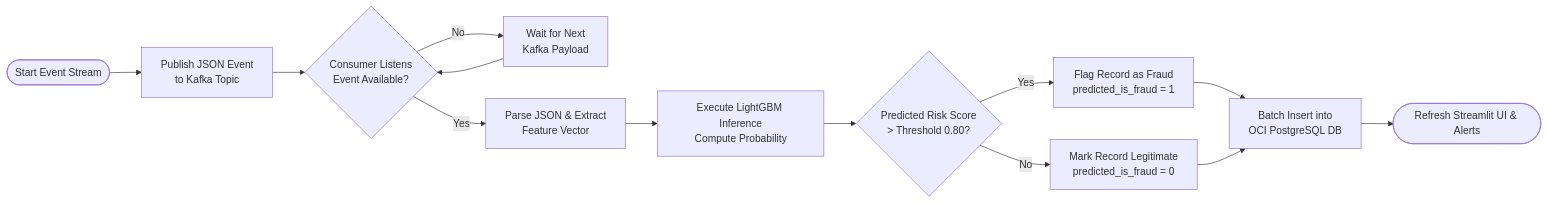
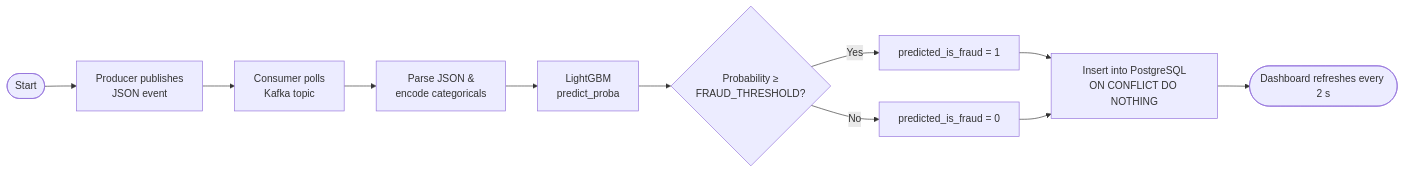
One commit to nihatrza/kafka-fraud-detection changed the second of 3 diagrams in README.md. Above: the diagram before and after it, drawn with Mermaid. The commit also changed other lines of this file, not shown here.

````diff
--- a/README.md
+++ b/README.md
@@ -118,15 +117,13 @@
 ```mermaid
 flowchart LR
-    S1([Start Event Stream]) --> S2[Publish JSON Event<br/>to Kafka Topic]
-    S2 --> S3{Consumer Listens<br/>Event Available?}
-    S3 -- No --> S4[Wait for Next<br/>Kafka Payload]
-    S4 --> S3
-    S3 -- Yes --> S5[Parse JSON & Extract<br/>Feature Vector]
-    S5 --> S6[Execute LightGBM Inference<br/>Compute Probability]
-    S6 --> S7{Predicted Risk Score<br/>> Threshold 0.80?}
-    S7 -- Yes --> S8[Flag Record as Fraud<br/>predicted_is_fraud = 1]
-    S7 -- No --> S9[Mark Record Legitimate<br/>predicted_is_fraud = 0]
-    S8 --> S10[Batch Insert into<br/>OCI PostgreSQL DB]
+    S1([Start]) --> S2[Producer publishes<br/>JSON event]
+    S2 --> S3[Consumer polls<br/>Kafka topic]
+    S3 --> S5[Parse JSON &<br/>encode categoricals]
+    S5 --> S6[LightGBM<br/>predict_proba]
+    S6 --> S7{Probability ≥<br/>FRAUD_THRESHOLD?}
+    S7 -- Yes --> S8[predicted_is_fraud = 1]
+    S7 -- No --> S9[predicted_is_fraud = 0]
+    S8 --> S10[Insert into PostgreSQL<br/>ON CONFLICT DO NOTHING]
     S9 --> S10
-    S10 --> S11([Refresh Streamlit UI & Alerts])
+    S10 --> S11([Dashboard refreshes every 2 s])
 ```
````
